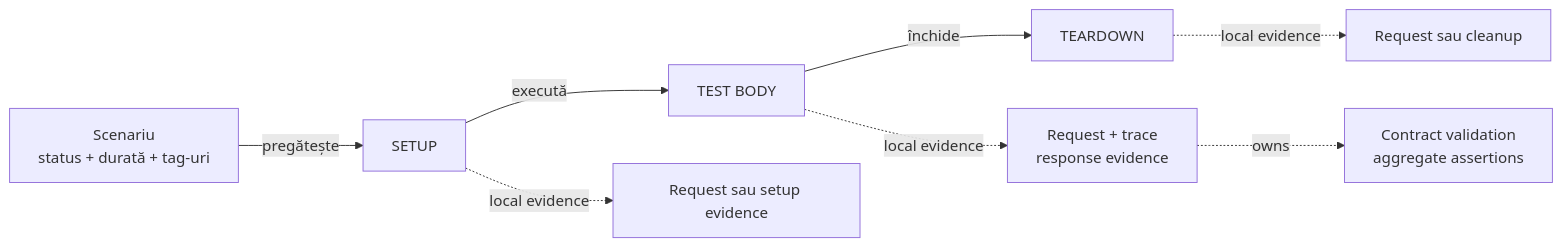
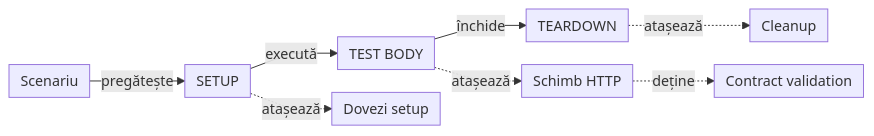
One commit to crististefanita/atf_j0 changed the third of 11 diagrams in docs/ATF_Reporting_Contract.md. Above: the diagram before and after it, drawn with Mermaid. The commit also changed other lines of this file and 97 other files, not shown here.

````diff
--- a/docs/ATF_Reporting_Contract.md
+++ b/docs/ATF_Reporting_Contract.md
@@ -131,10 +138,11 @@
 ```mermaid
+%%{init: {"themeVariables":{"fontSize":"15px"},"themeCSS":".nodeLabel, .nodeLabel p { font-size: 15px !important; line-height: 1.35 !important; } .edgeLabel, .edgeLabel p { font-size: 12px !important; font-weight: 400 !important; line-height: 1.2 !important; } .edgeLabel .labelBkg, .edgeLabel p { background: transparent !important; } .edgeLabel foreignObject { transform: translateY(-18px); overflow: visible; } .node rect { rx: 6px; ry: 6px; }","flowchart":{"curve":"linear","nodeSpacing":24,"rankSpacing":24,"padding":6,"diagramPadding":20}}}%%
 flowchart LR
-    Scenario[Scenariu<br/>status + durată + tag-uri] -->|pregătește| Setup[SETUP]
+    Scenario["Scenariu"] -->|pregătește| Setup[SETUP]
     Setup -->|execută| Body[TEST BODY]
     Body -->|închide| Teardown[TEARDOWN]
-    Setup -. local evidence .-> SetupEvidence[Request sau setup evidence]
-    Body -. local evidence .-> BodyRequest[Request + trace<br/>response evidence]
-    BodyRequest -. owns .-> BodyValidation[Contract validation<br/>aggregate assertions]
-    Teardown -. local evidence .-> Cleanup[Request sau cleanup]
+    Setup -. atașează .-> SetupEvidence["Dovezi setup"]
+    Body -. atașează .-> BodyRequest["Schimb HTTP"]
+    BodyRequest -. deține .-> BodyValidation["Contract validation"]
+    Teardown -. atașează .-> Cleanup["Cleanup"]
 ```
````
